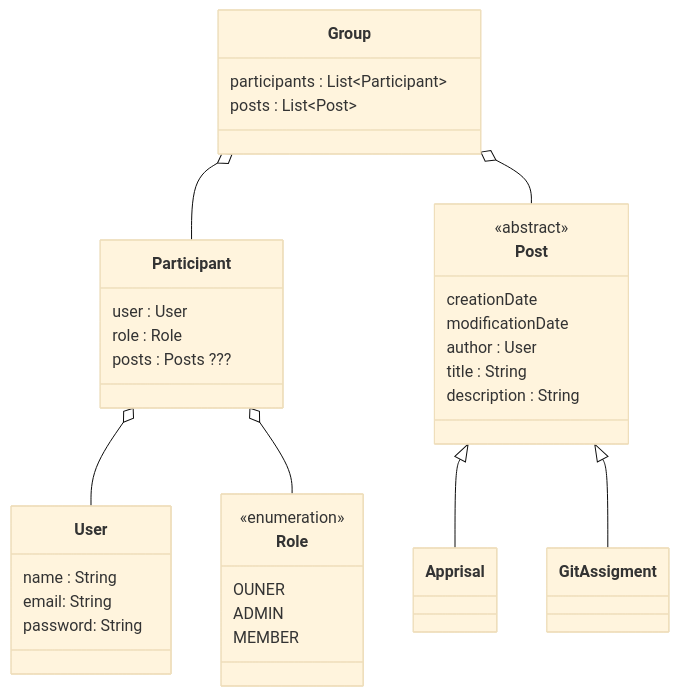
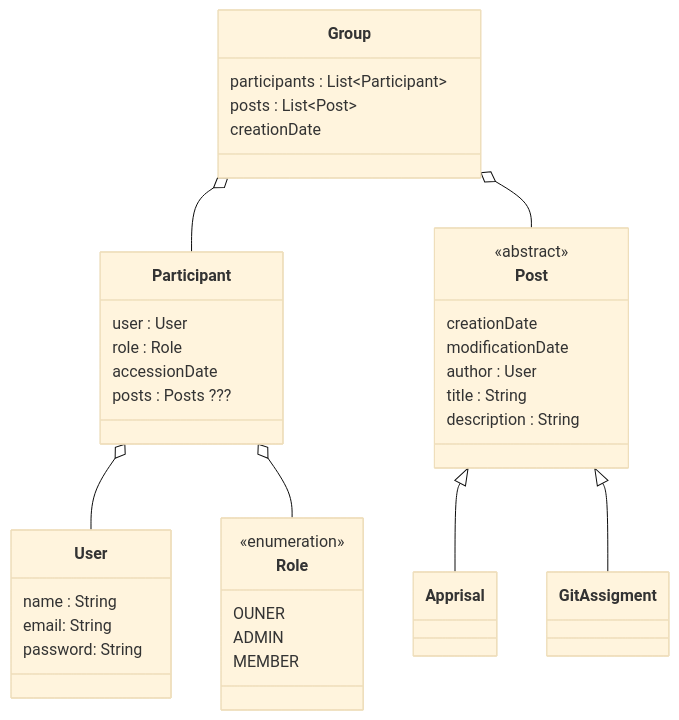
One commit to Cub-IT/.github changed the diagram in docs/Class diagram.md. Above: the diagram before and after it, drawn with Mermaid (base theme).

Commit message:
Update Class diagram.md

````diff
--- a/docs/Class diagram.md
+++ b/docs/Class diagram.md
@@ -1,44 +1,46 @@
 ```mermaid
 classDiagram
     Participant o-- User
     Participant o-- Role
     Group o-- Participant
     Group o-- Post
     Post <|-- Apprisal
     Post <|-- GitAssigment
 
     class User {
         name : String
         email: String
         password: String
     }
     class Participant {
         user : User
         role : Role
+        accessionDate
         posts : Posts ???
     }
     class Role {
         <<enumeration>>
         OUNER
         ADMIN
         MEMBER
     }
     class Group {
         participants : List~Participant~
         posts : List~Post~
+        creationDate
     }
     class Post {
         <<abstract>>
         creationDate
         modificationDate
         author : User
         title : String
         description : String
     }
     class Apprisal{
 
     }
     class GitAssigment {
 
     }
 ```
````
